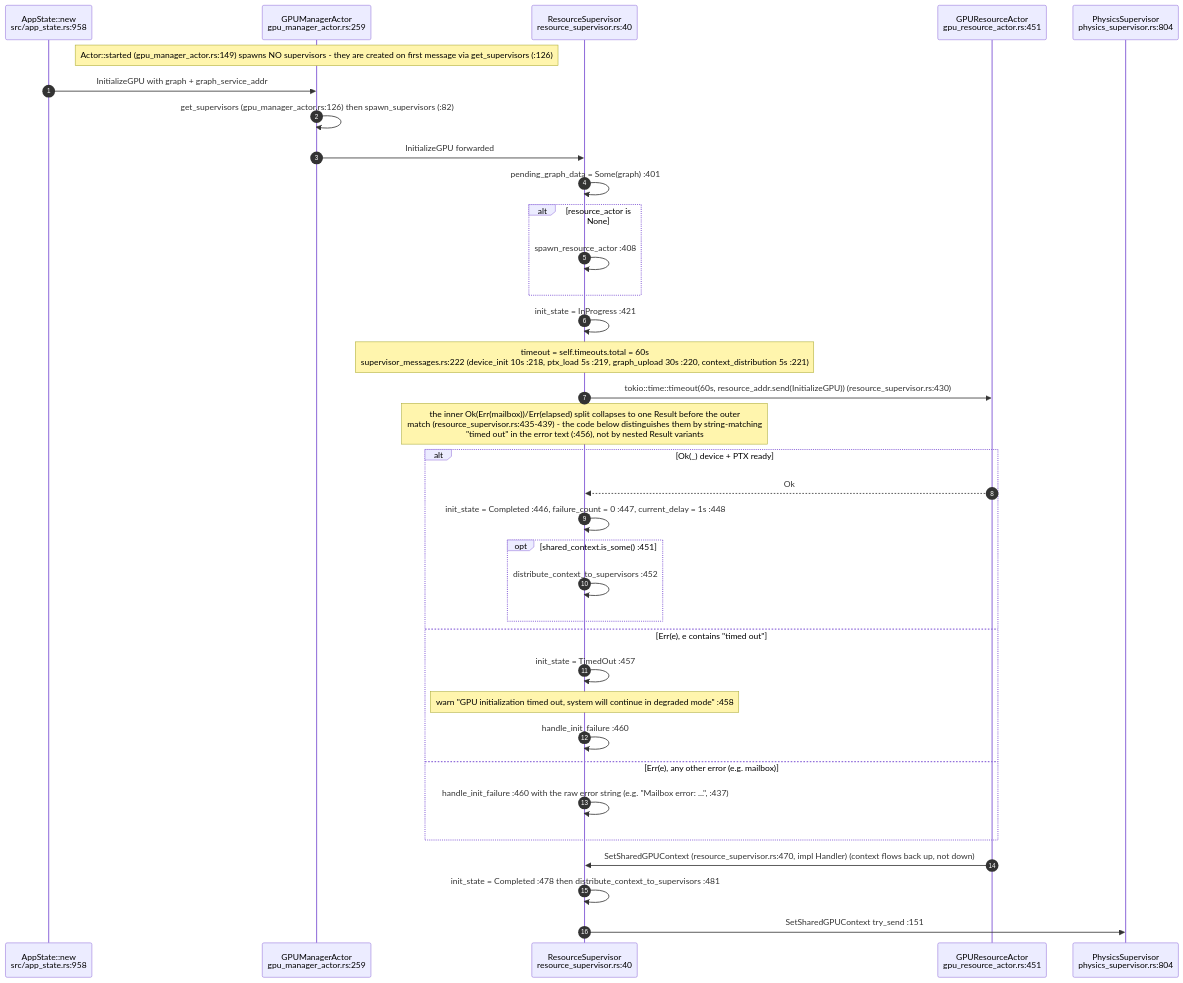
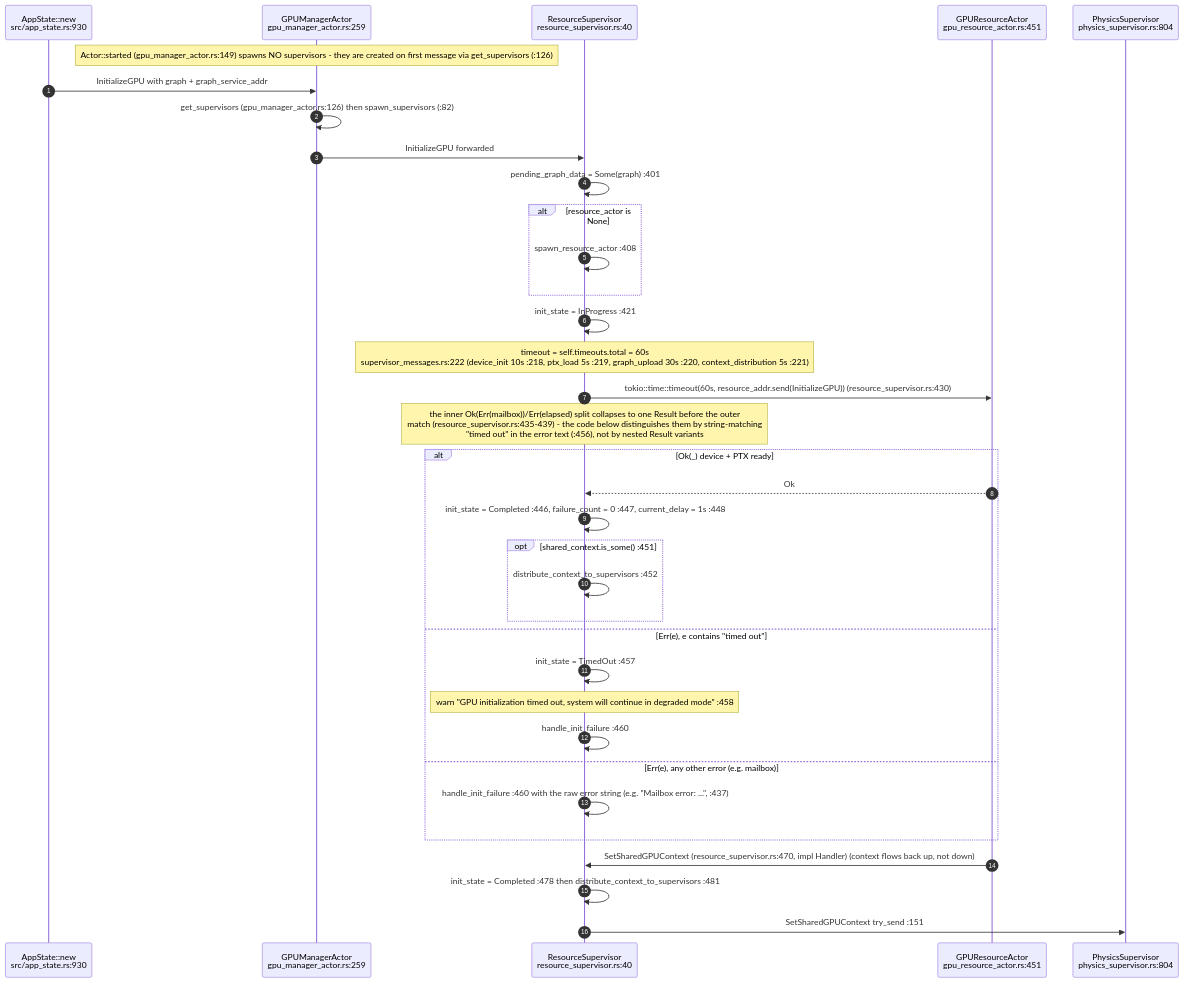
One commit to DreamLab-AI/VisionFlow changed the second of 8 diagrams in docs/diagrams/visionclaw/10-gpu-supervision-and-context-bus.md. Above: the diagram before and after it, drawn with Mermaid. The commit also changed other lines of this file and 46 other files, not shown here.

Commit message:
docs(diagrams): re-verify VisionClaw topics at 809a859aa/a950f4d80 after the consolidation pass

````diff
--- a/docs/diagrams/visionclaw/10-gpu-supervision-and-context-bus.md
+++ b/docs/diagrams/visionclaw/10-gpu-supervision-and-context-bus.md
@@ -95,38 +98,38 @@
 ```mermaid
 sequenceDiagram
     autonumber
-    participant APP as AppState::new<br/>src/app_state.rs:958
+    participant APP as AppState::new<br/>src/app_state.rs:930
     participant GM as GPUManagerActor<br/>gpu_manager_actor.rs:259
     participant RS as ResourceSupervisor<br/>resource_supervisor.rs:40
     participant GRA as GPUResourceActor<br/>gpu_resource_actor.rs:451
     participant PS as PhysicsSupervisor<br/>physics_supervisor.rs:804
 
     Note over GM: Actor::started (gpu_manager_actor.rs:149) spawns NO supervisors - they are created on first message via get_supervisors (:126)
     APP->>GM: InitializeGPU with graph + graph_service_addr
     GM->>GM: get_supervisors (gpu_manager_actor.rs:126) then spawn_supervisors (:82)
     GM->>RS: InitializeGPU forwarded
     RS->>RS: pending_graph_data = Some(graph) :401
     alt resource_actor is None
         RS->>RS: spawn_resource_actor :408
     end
     RS->>RS: init_state = InProgress :421
     Note over RS: timeout = self.timeouts.total = 60s<br/>supervisor_messages.rs:222 (device_init 10s :218, ptx_load 5s :219, graph_upload 30s :220, context_distribution 5s :221)
     RS->>GRA: tokio::time::timeout(60s, resource_addr.send(InitializeGPU)) (resource_supervisor.rs:430)
     Note over RS: the inner Ok(Err(mailbox))/Err(elapsed) split collapses to one Result before the outer<br/>match (resource_supervisor.rs:435-439) - the code below distinguishes them by string-matching<br/>"timed out" in the error text (:456), not by nested Result variants
     alt Ok(_) device + PTX ready
         GRA-->>RS: Ok
         RS->>RS: init_state = Completed :446, failure_count = 0 :447, current_delay = 1s :448
         opt shared_context.is_some() :451
             RS->>RS: distribute_context_to_supervisors :452
         end
     else Err(e), e contains "timed out"
         RS->>RS: init_state = TimedOut :457
         Note over RS: warn "GPU initialization timed out, system will continue in degraded mode" :458
         RS->>RS: handle_init_failure :460
     else Err(e), any other error (e.g. mailbox)
         RS->>RS: handle_init_failure :460 with the raw error string (e.g. "Mailbox error: ...", :437)
     end
     GRA->>RS: SetSharedGPUContext (resource_supervisor.rs:470, impl Handler) (context flows back up, not down)
     RS->>RS: init_state = Completed :478 then distribute_context_to_supervisors :481
     RS->>PS: SetSharedGPUContext try_send :151
 ```
````
